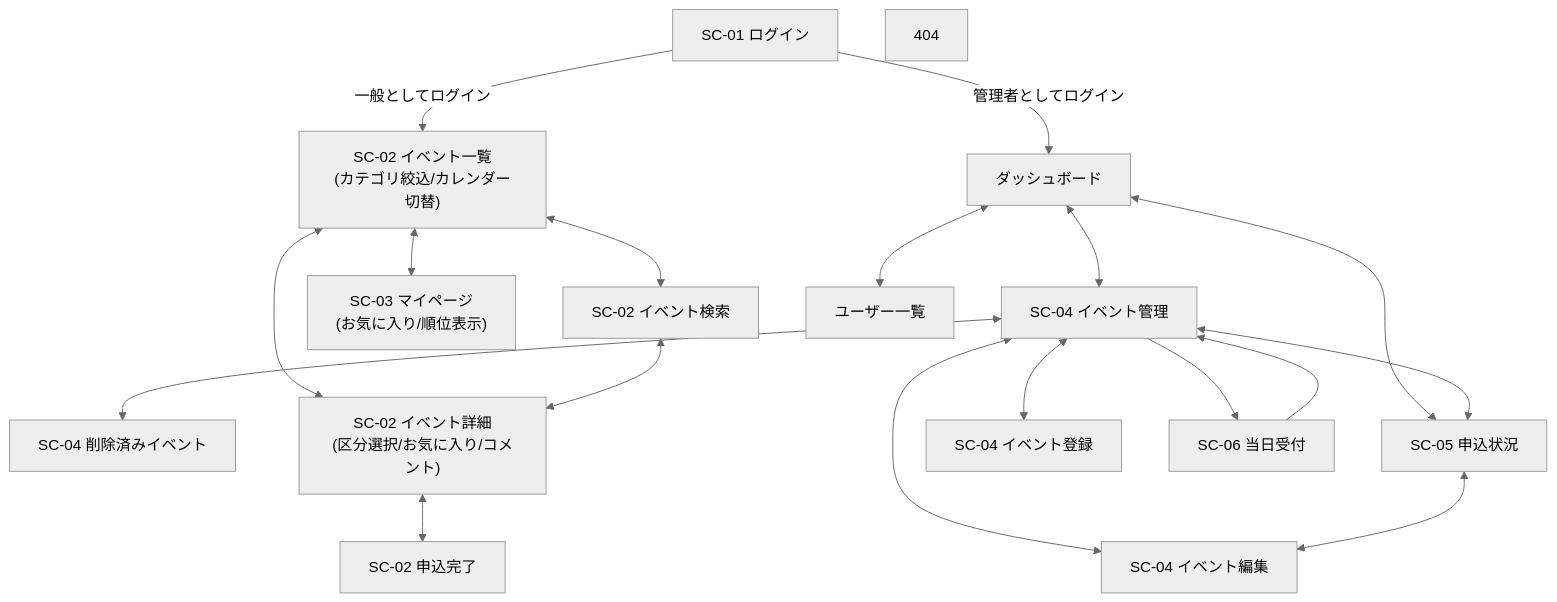
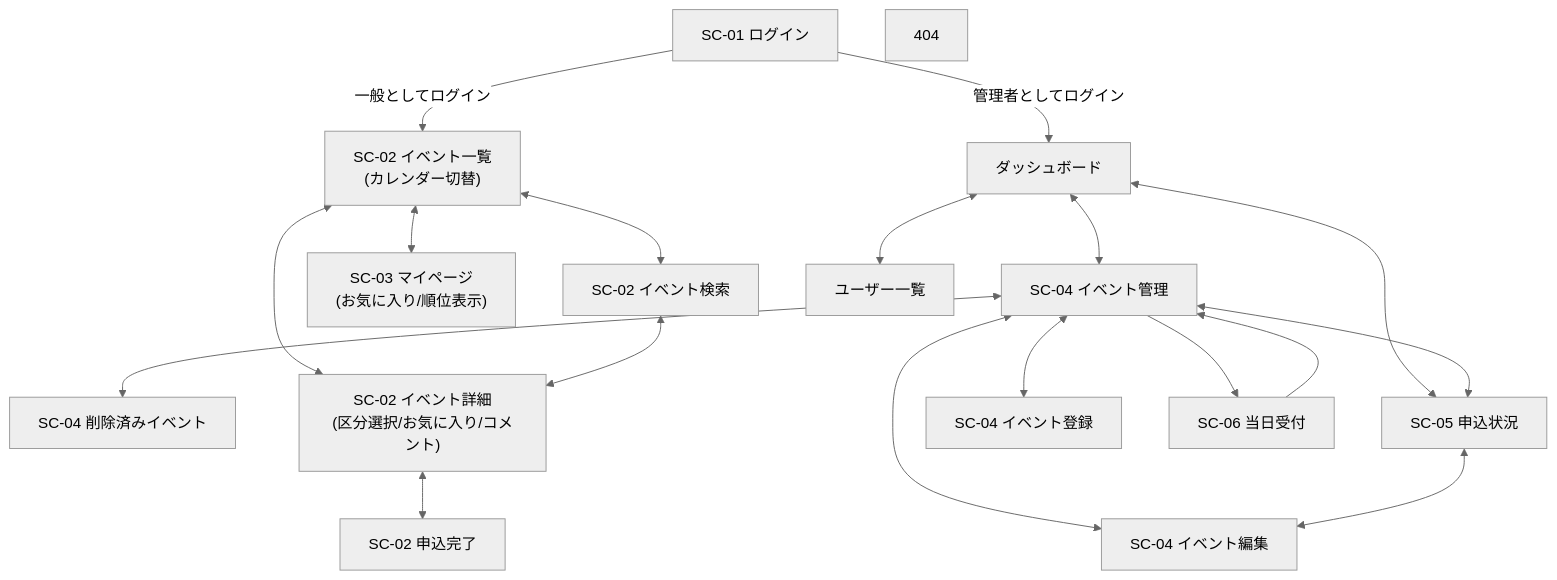
Before and after one commit to sasaki111111/event-application-system: the diagram in docs/design/画面遷移図_v2.0.md, drawn with Mermaid (neutral theme). The commit also changed other lines of this file and 21 other files, not shown here.

````diff
--- a/docs/design/画面遷移図_v2.0.md
+++ b/docs/design/画面遷移図_v2.0.md
@@ -36,36 +36,36 @@
 ```mermaid
 flowchart TD
   Login["SC-01 ログイン"]
-  EvList["SC-02 イベント一覧\n(カテゴリ絞込/カレンダー切替)"]
+  EvList["SC-02 イベント一覧\n(カレンダー切替)"]
   EvSearch["SC-02 イベント検索"]
   My["SC-03 マイページ\n(お気に入り/順位表示)"]
   AdmDash["ダッシュボード"]
   AdmList["SC-04 イベント管理"]
   AdmDeleted["SC-04 削除済みイベント"]
   AdmUsers["ユーザー一覧"]
   Report["SC-05 申込状況"]
   EvDetail["SC-02 イベント詳細\n(区分選択/お気に入り/コメント)"]
   AdmNew["SC-04 イベント登録"]
   AdmEdit["SC-04 イベント編集"]
   Done["SC-02 申込完了"]
   Checkin["SC-06 当日受付"]
   NotFound["404"]
 
   Login -->|一般としてログイン| EvList
   Login -->|管理者としてログイン| AdmDash
   EvList <--> My
   EvList <--> EvSearch
   AdmDash <--> AdmList
   AdmDash <--> Report
   AdmDash <--> AdmUsers
   AdmList <--> Report
   AdmList <--> AdmDeleted
   EvList <--> EvDetail
   EvSearch <--> EvDetail
   AdmList <--> AdmNew
   AdmList <--> AdmEdit
   Report <--> AdmEdit
   EvDetail <--> Done
   AdmList --> Checkin
   Checkin --> AdmList
 ```
````
